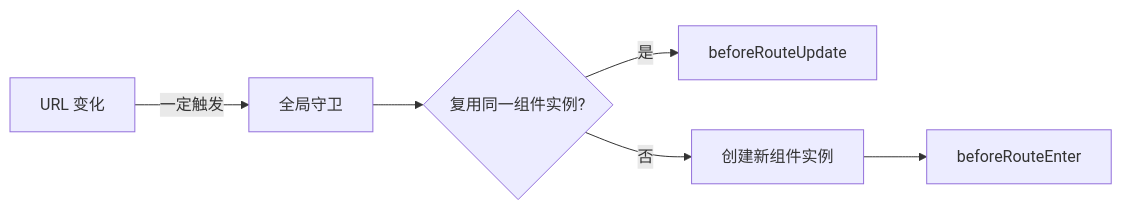
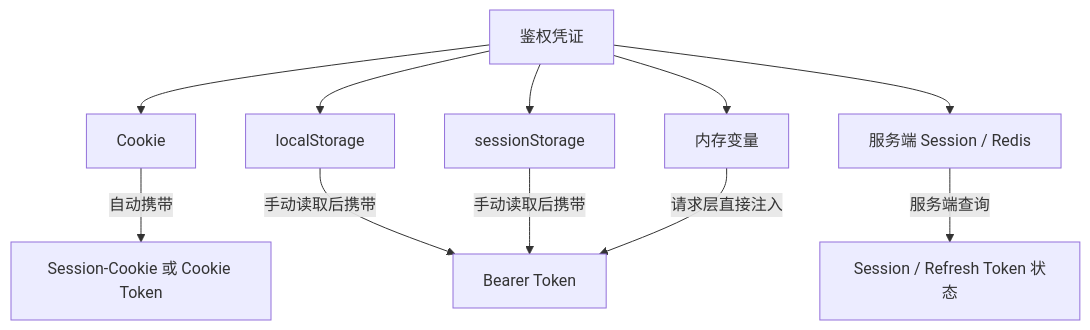
The seventh of 8 diagrams in travelKnowledge/我的整理/Vue Components Communication 整理/cookieTokenSSO/Cookie  WebStorage  Token SVG 结构化图谱.md (XGAN4869/ObsidianNoteForCoding2026), drawn with Mermaid before and after one commit. The commit also changed other lines of this file, not shown here.

````diff
--- a/travelKnowledge/我的整理/Vue Components Communication 整理/cookieTokenSSO/Cookie  WebStorage  Token SVG 结构化图谱.md
+++ b/travelKnowledge/我的整理/Vue Components Communication 整理/cookieTokenSSO/Cookie  WebStorage  Token SVG 结构化图谱.md
@@ -380,8 +531,14 @@
 ```mermaid
-flowchart LR
-  ROUTE_CHANGE["URL 变化"] -->|"一定触发"| GLOBAL_GUARD["全局守卫"]
-  GLOBAL_GUARD --> SAME_COMPONENT{"复用同一组件实例?"}
-  SAME_COMPONENT -->|"是"| BEFORE_UPDATE["beforeRouteUpdate"]
-  SAME_COMPONENT -->|"否"| COMPONENT_CREATE["创建新组件实例"]
-  COMPONENT_CREATE --> BEFORE_ENTER["beforeRouteEnter"]
+flowchart TB
+  CRED["鉴权凭证"] --> COOKIE["Cookie"]
+  CRED --> LOCAL["localStorage"]
+  CRED --> SESSION_STORAGE["sessionStorage"]
+  CRED --> MEMORY["内存变量"]
+  CRED --> SERVER_STORE["服务端 Session / Redis"]
+
+  COOKIE -->|"自动携带"| COOKIE_FLOW["Session-Cookie 或 Cookie Token"]
+  LOCAL -->|"手动读取后携带"| TOKEN_FLOW["Bearer Token"]
+  SESSION_STORAGE -->|"手动读取后携带"| TOKEN_FLOW
+  MEMORY -->|"请求层直接注入"| TOKEN_FLOW
+  SERVER_STORE -->|"服务端查询"| SESSION_FLOW["Session / Refresh Token 状态"]
 ```
````
